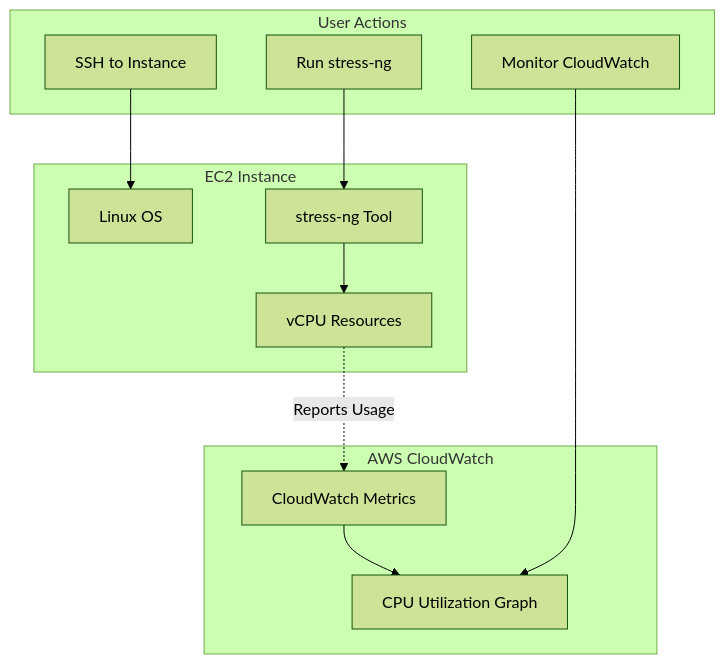
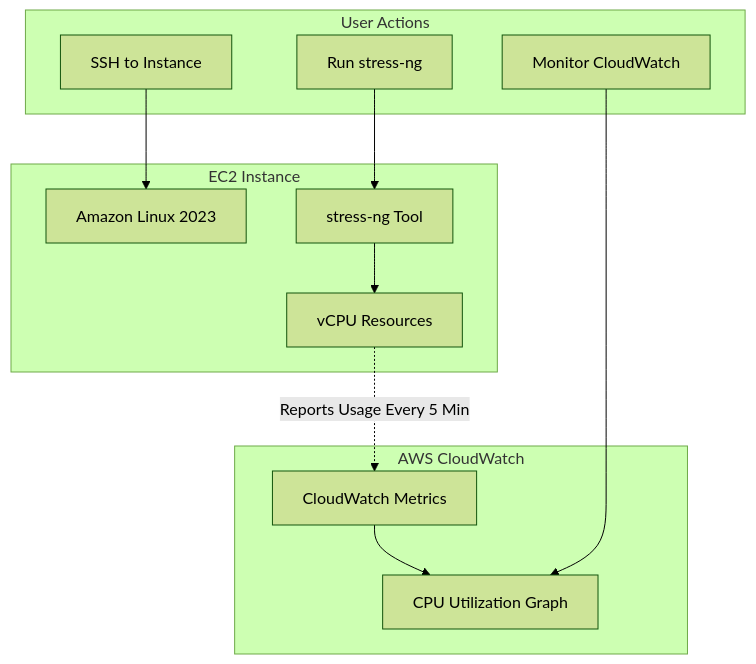
Before and after one commit to sujith-eag/sujith-library: the diagram in docs/dev-cloud/cloud_lab/5_Load_Balancing/lab_13.md, drawn with Mermaid (forest theme). The commit also changed other lines of this file and 15 other files, not shown here.

````diff
--- a/docs/dev-cloud/cloud_lab/5_Load_Balancing/lab_13.md
+++ b/docs/dev-cloud/cloud_lab/5_Load_Balancing/lab_13.md
@@ -8,26 +43,26 @@
 ```mermaid
 flowchart TD
     subgraph User_Actions [User Actions]
         U1[SSH to Instance]
         U2[Run stress-ng]
         U3[Monitor CloudWatch]
     end
     
     subgraph EC2 [EC2 Instance]
-        OS[Linux OS]
+        OS[Amazon Linux 2023]
         Tool[stress-ng Tool]
         CPU[vCPU Resources]
     end
     
     subgraph Monitoring [AWS CloudWatch]
         CW[CloudWatch Metrics]
         Graph[CPU Utilization Graph]
     end
 
     U1 --> OS
     U2 --> Tool
     Tool --> CPU
-    CPU -.->|Reports Usage| CW
+    CPU -.->|Reports Usage Every 5 Min| CW
     CW --> Graph
     U3 --> Graph
 ```
````
